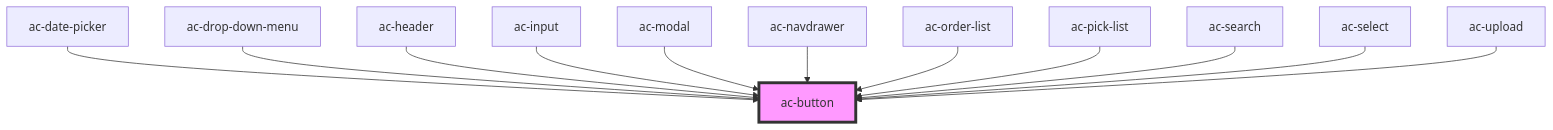
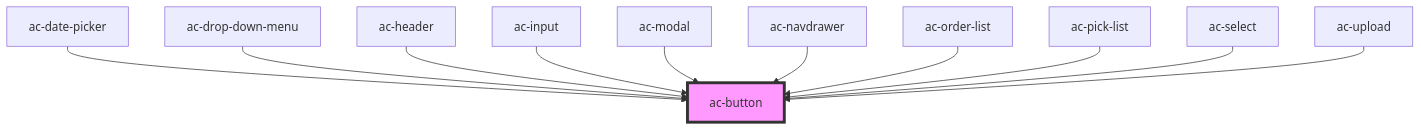
Before and after one commit to accera-tech/solar-components: the diagram in src/components/atoms/ac-button/readme.md, drawn with Mermaid. The commit also changed other lines of this file and 13 other files, not shown here.

````diff
--- a/src/components/atoms/ac-button/readme.md
+++ b/src/components/atoms/ac-button/readme.md
@@ -40,15 +39,14 @@
 ```mermaid
 graph TD;
   ac-date-picker --> ac-button
   ac-drop-down-menu --> ac-button
   ac-header --> ac-button
   ac-input --> ac-button
   ac-modal --> ac-button
   ac-navdrawer --> ac-button
   ac-order-list --> ac-button
   ac-pick-list --> ac-button
-  ac-search --> ac-button
   ac-select --> ac-button
   ac-upload --> ac-button
   style ac-button fill:#f9f,stroke:#333,stroke-width:4px
 ```
````
